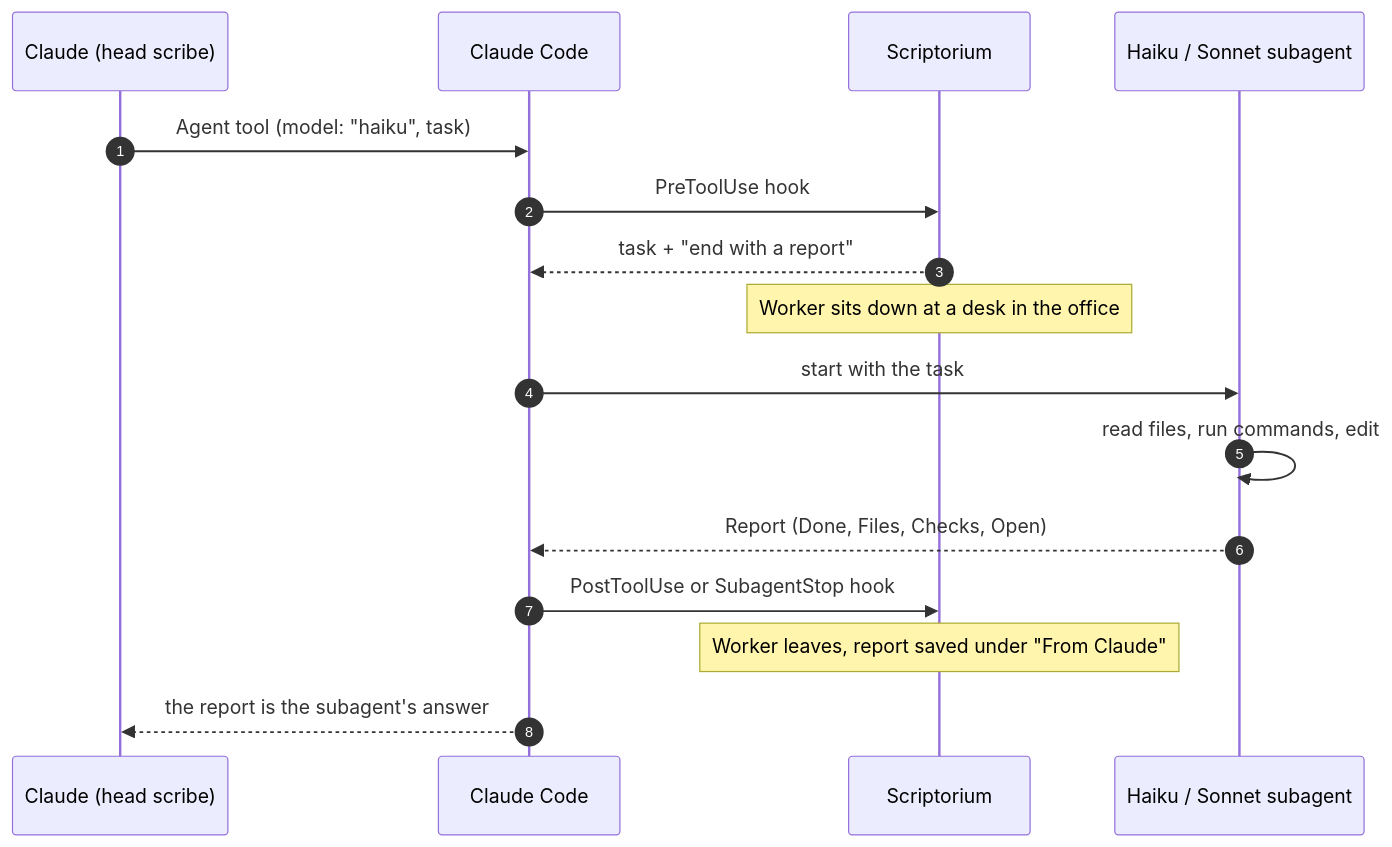
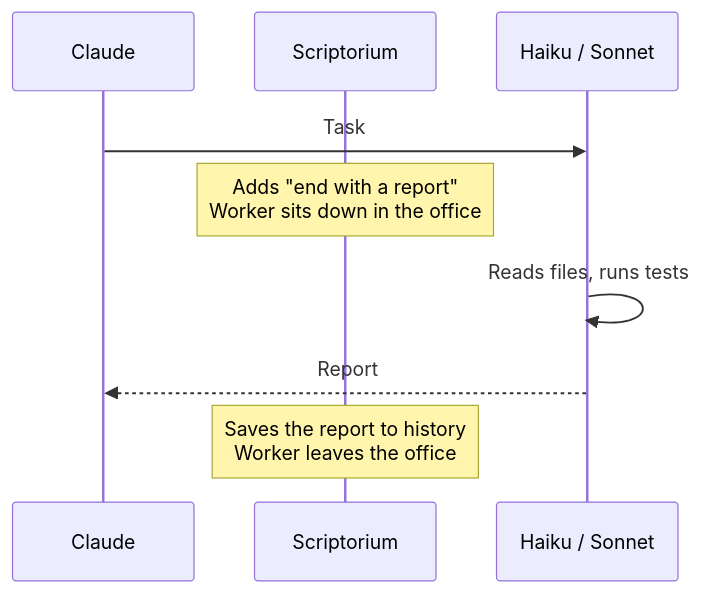
Before and after one commit to AkbulutMirac/scriptorium: the second of 2 diagrams in README.md, drawn with Mermaid. The commit also changed other lines of this file, not shown here.

Commit message:
Simplify README diagrams

````diff
--- a/README.md
+++ b/README.md
@@ -113,19 +102,12 @@
 ```mermaid
 sequenceDiagram
-  autonumber
-  participant C as Claude (head scribe)
-  participant CC as Claude Code
+  participant C as Claude
   participant S as Scriptorium
-  participant H as Haiku / Sonnet subagent
+  participant H as Haiku / Sonnet
 
-  C->>CC: Agent tool (model: "haiku", task)
-  CC->>S: PreToolUse hook
-  S-->>CC: task + "end with a report"
-  Note over S: Worker sits down at a desk in the office
-  CC->>H: start with the task
-  H->>H: read files, run commands, edit
-  H-->>CC: Report (Done, Files, Checks, Open)
-  CC->>S: PostToolUse or SubagentStop hook
-  Note over S: Worker leaves, report saved under "From Claude"
-  CC-->>C: the report is the subagent's answer
+  C->>H: Task
+  Note over S: Adds "end with a report"<br/>Worker sits down in the office
+  H->>H: Reads files, runs tests
+  H-->>C: Report
+  Note over S: Saves the report to history<br/>Worker leaves the office
 ```
````
